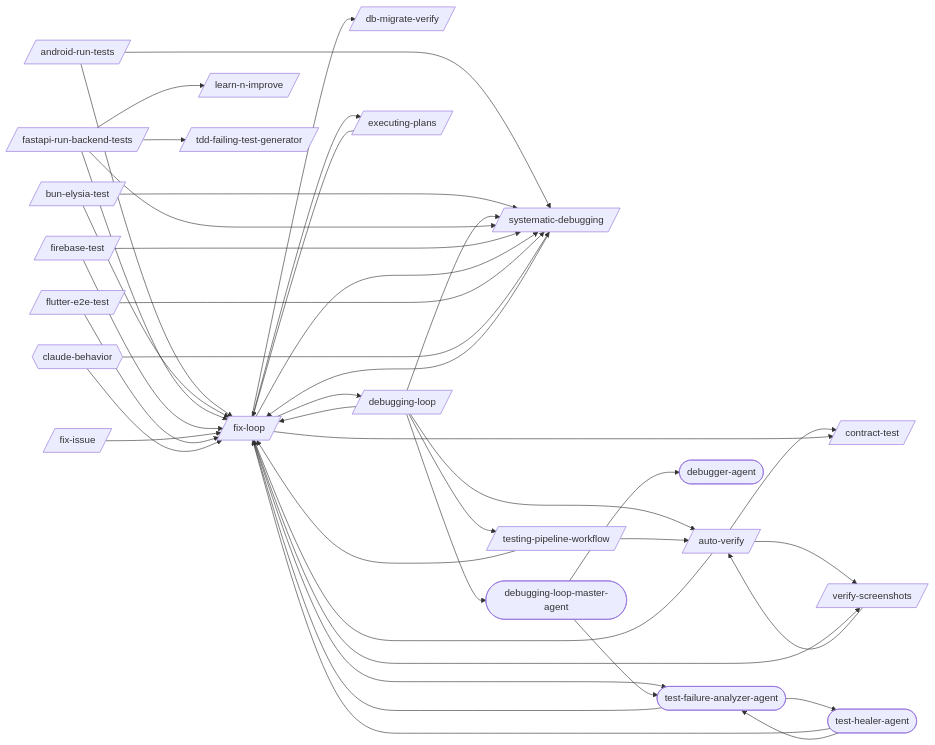
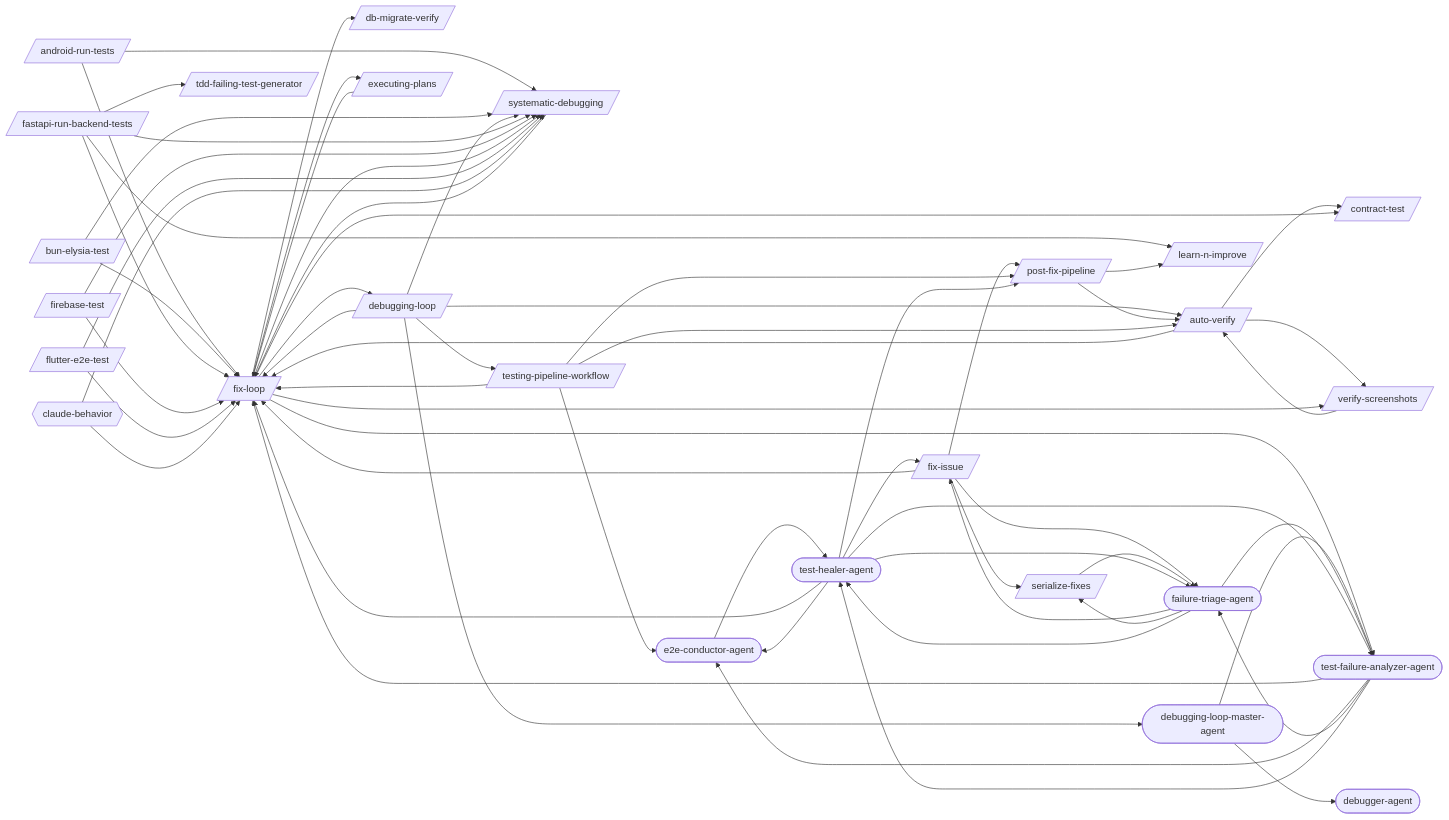
One commit to abhayla/claude-best-practices changed the first of 23 diagrams in docs/workflows/debugging-loop.md. Above: the diagram before and after it, drawn with Mermaid. The commit also changed other lines of this file and 12 other files, not shown here.

```diff
--- a/docs/workflows/debugging-loop.md
+++ b/docs/workflows/debugging-loop.md
@@ -21,12 +21,16 @@
     fix_loop[/fix-loop/]
     flutter_e2e_test[/flutter-e2e-test/]
     learn_n_improve[/learn-n-improve/]
+    post_fix_pipeline[/post-fix-pipeline/]
+    serialize_fixes[/serialize-fixes/]
     systematic_debugging[/systematic-debugging/]
     tdd_failing_test_generator[/tdd-failing-test-generator/]
     testing_pipeline_workflow[/testing-pipeline-workflow/]
     verify_screenshots[/verify-screenshots/]
     debugger_agent([debugger-agent])
     debugging_loop_master_agent([debugging-loop-master-agent])
+    e2e_conductor_agent([e2e-conductor-agent])
+    failure_triage_agent([failure-triage-agent])
     test_failure_analyzer_agent([test-failure-analyzer-agent])
     test_healer_agent([test-healer-agent])
     claude_behavior{{claude-behavior}}
@@ -50,6 +54,9 @@
     firebase_test --> fix_loop
     firebase_test --> systematic_debugging
     fix_issue --> fix_loop
+    fix_issue --> post_fix_pipeline
+    fix_issue --> serialize_fixes
+    fix_issue --> failure_triage_agent
     fix_loop --> contract_test
     fix_loop --> db_migrate_verify
     fix_loop --> debugging_loop
@@ -59,15 +66,31 @@
     fix_loop --> test_failure_analyzer_agent
     flutter_e2e_test --> fix_loop
     flutter_e2e_test --> systematic_debugging
+    post_fix_pipeline --> auto_verify
+    post_fix_pipeline --> learn_n_improve
+    serialize_fixes --> failure_triage_agent
     systematic_debugging --> fix_loop
     testing_pipeline_workflow --> auto_verify
     testing_pipeline_workflow --> fix_loop
+    testing_pipeline_workflow --> post_fix_pipeline
+    testing_pipeline_workflow --> e2e_conductor_agent
     verify_screenshots --> auto_verify
     debugging_loop_master_agent --> debugger_agent
     debugging_loop_master_agent --> test_failure_analyzer_agent
+    e2e_conductor_agent --> test_healer_agent
+    failure_triage_agent --> fix_issue
+    failure_triage_agent --> serialize_fixes
+    failure_triage_agent --> test_failure_analyzer_agent
+    failure_triage_agent --> test_healer_agent
     test_failure_analyzer_agent --> fix_loop
+    test_failure_analyzer_agent --> e2e_conductor_agent
+    test_failure_analyzer_agent --> failure_triage_agent
     test_failure_analyzer_agent --> test_healer_agent
+    test_healer_agent --> fix_issue
     test_healer_agent --> fix_loop
+    test_healer_agent --> post_fix_pipeline
+    test_healer_agent --> e2e_conductor_agent
+    test_healer_agent --> failure_triage_agent
     test_healer_agent --> test_failure_analyzer_agent
     claude_behavior --> fix_loop
     claude_behavior --> systematic_debugging
```
